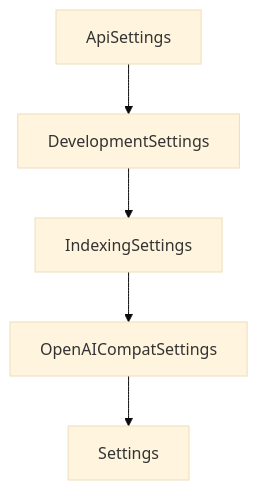
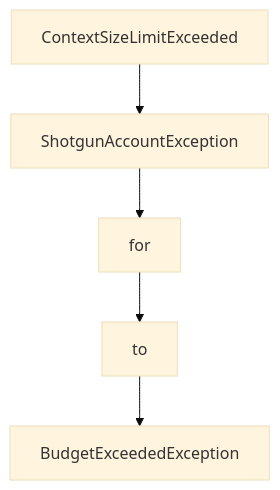
The diagram in tutorials/shotgun-tutorial/07-spec-sharing-and-collaboration-workflows.md (johnxie/awesome-code-docs), drawn with Mermaid (base theme) before and after one commit. The commit also changed other lines of this file and 1232 other files, not shown here.

````diff
--- a/tutorials/shotgun-tutorial/07-spec-sharing-and-collaboration-workflows.md
+++ b/tutorials/shotgun-tutorial/07-spec-sharing-and-collaboration-workflows.md
@@ -214,12 +210,12 @@
 ```mermaid
 flowchart TD
-    A[ApiSettings]
-    B[DevelopmentSettings]
-    C[IndexingSettings]
-    D[OpenAICompatSettings]
-    E[Settings]
+    A[ContextSizeLimitExceeded]
+    B[ShotgunAccountException]
+    C[for]
+    D[to]
+    E[BudgetExceededException]
     A --> B
     B --> C
     C --> D
     D --> E
 ```
````
